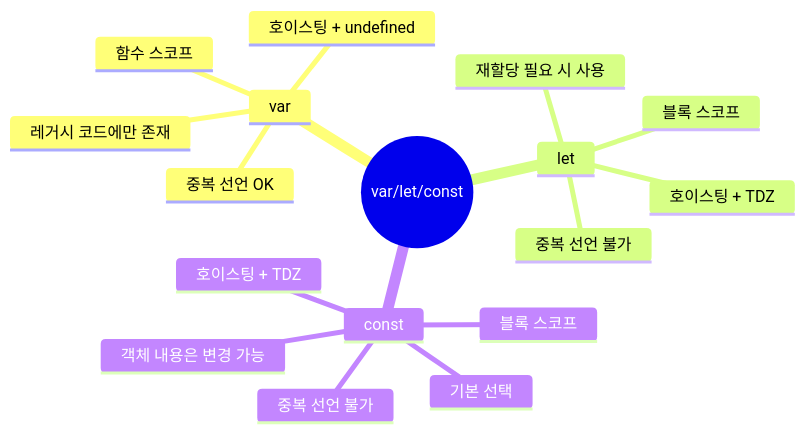
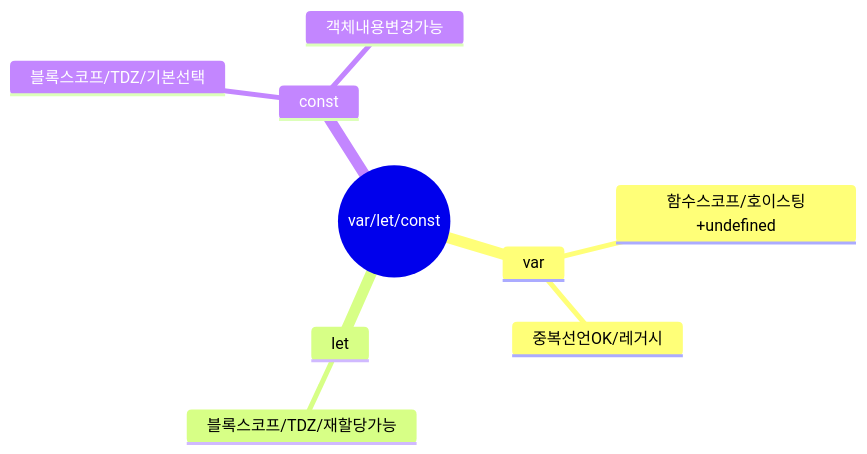
Before and after one commit to yjkim2015/yjkim2015.github.io: the ninth of 9 diagrams in _posts/frontend/2026-05-02-js-var-let-const.md, drawn with Mermaid. The commit also changed other lines of this file and 215 other files, not shown here.

First line of the commit message:
신규 포스트 10개 추가 + Mermaid 전면 축소 + SystemDesign 시리즈 보강

````diff
--- a/_posts/frontend/2026-05-02-js-var-let-const.md
+++ b/_posts/frontend/2026-05-02-js-var-let-const.md
@@ -533,20 +489,12 @@
 ```mermaid
 mindmap
   root((var/let/const))
     var
-      함수 스코프
-      호이스팅 + undefined
-      중복 선언 OK
-      레거시 코드에만 존재
+      함수스코프/호이스팅+undefined
+      중복선언OK/레거시
     let
-      블록 스코프
-      호이스팅 + TDZ
-      중복 선언 불가
-      재할당 필요 시 사용
+      블록스코프/TDZ/재할당가능
     const
-      블록 스코프
-      호이스팅 + TDZ
-      중복 선언 불가
-      기본 선택
-      객체 내용은 변경 가능
+      블록스코프/TDZ/기본선택
+      객체내용변경가능
 ```
````
